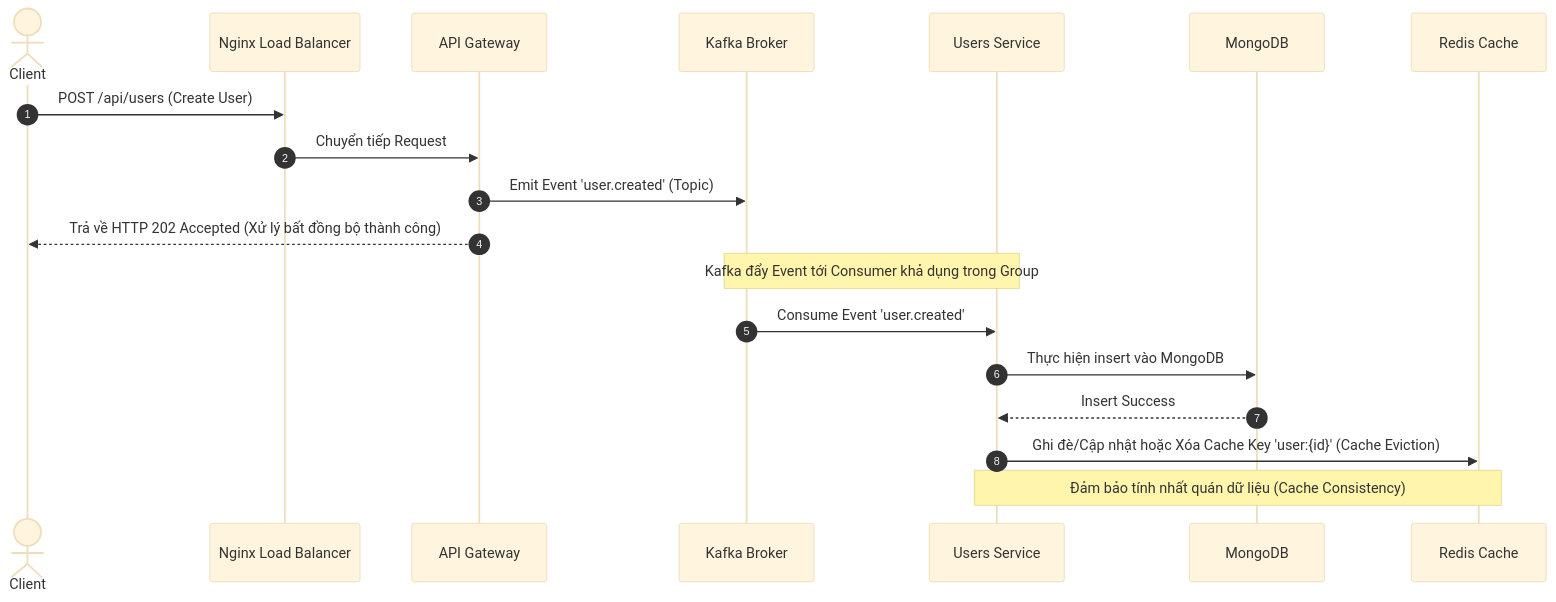
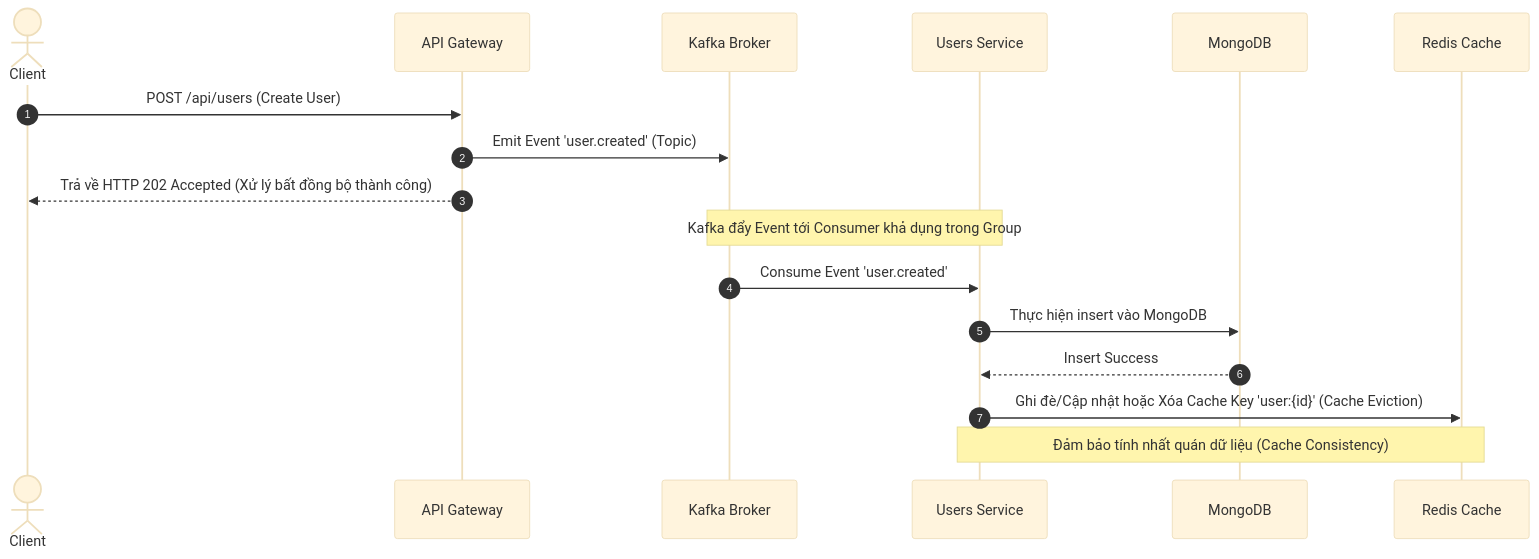
One commit to SUMMER2026SE/wdp301-rbl-project-wdp_se18d08_group-7 changed the third of 4 diagrams in docs/architecture_document.md. Above: the diagram before and after it, drawn with Mermaid (base theme). The commit also changed other lines of this file and 50 other files, not shown here.

````diff
--- a/docs/architecture_document.md
+++ b/docs/architecture_document.md
@@ -87,23 +79,21 @@
 ```mermaid
 sequenceDiagram
     autonumber
     actor Client
-    participant LB as Nginx Load Balancer
     participant GW as API Gateway
     participant Kafka as Kafka Broker
     participant US as Users Service
     participant DB as MongoDB
     participant Redis as Redis Cache
 
-    Client->>LB: POST /api/users (Create User)
-    LB->>GW: Chuyển tiếp Request
+    Client->>GW: POST /api/users (Create User)
     GW->>Kafka: Emit Event 'user.created' (Topic)
     GW-->>Client: Trả về HTTP 202 Accepted (Xử lý bất đồng bộ thành công)
     
     Note over Kafka, US: Kafka đẩy Event tới Consumer khả dụng trong Group
     Kafka->>US: Consume Event 'user.created'
     US->>DB: Thực hiện insert vào MongoDB
     DB-->>US: Insert Success
     US->>Redis: Ghi đè/Cập nhật hoặc Xóa Cache Key 'user:{id}' (Cache Eviction)
     Note over US, Redis: Đảm bảo tính nhất quán dữ liệu (Cache Consistency)
 ```
````
